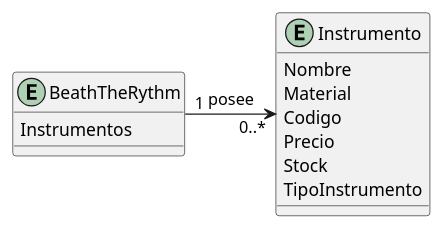
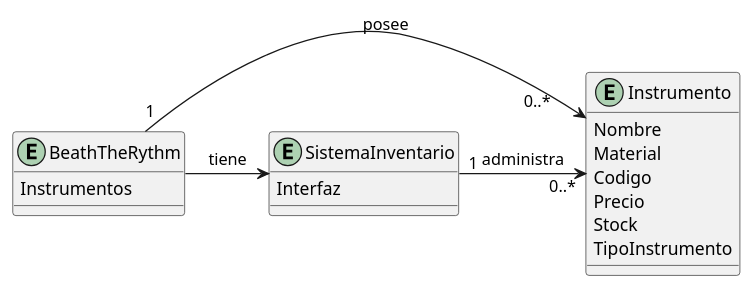
One commit to AlbertoLyons/Taller-3 changed the diagram in domain.puml. Above: the diagram before and after it, drawn with PlantUML.

Commit message:
Final proyecto

```diff
--- a/domain.puml
+++ b/domain.puml
@@ -1,18 +1,23 @@
 @startuml
 
 entity BeathTheRythm{
 Instrumentos
+}
+
+entity SistemaInventario{
+Interfaz
 }
 
 entity Instrumento{
 Nombre
 Material
 Codigo
 Precio
 Stock
 TipoInstrumento
 }
 
-BeathTheRythm "1" -> "0..*" Instrumento : posee
-
+BeathTheRythm "1" -> "0..*      " Instrumento : posee
+BeathTheRythm -> SistemaInventario: tiene
+SistemaInventario "1" -> "0..*" Instrumento : administra
 @enduml
```
